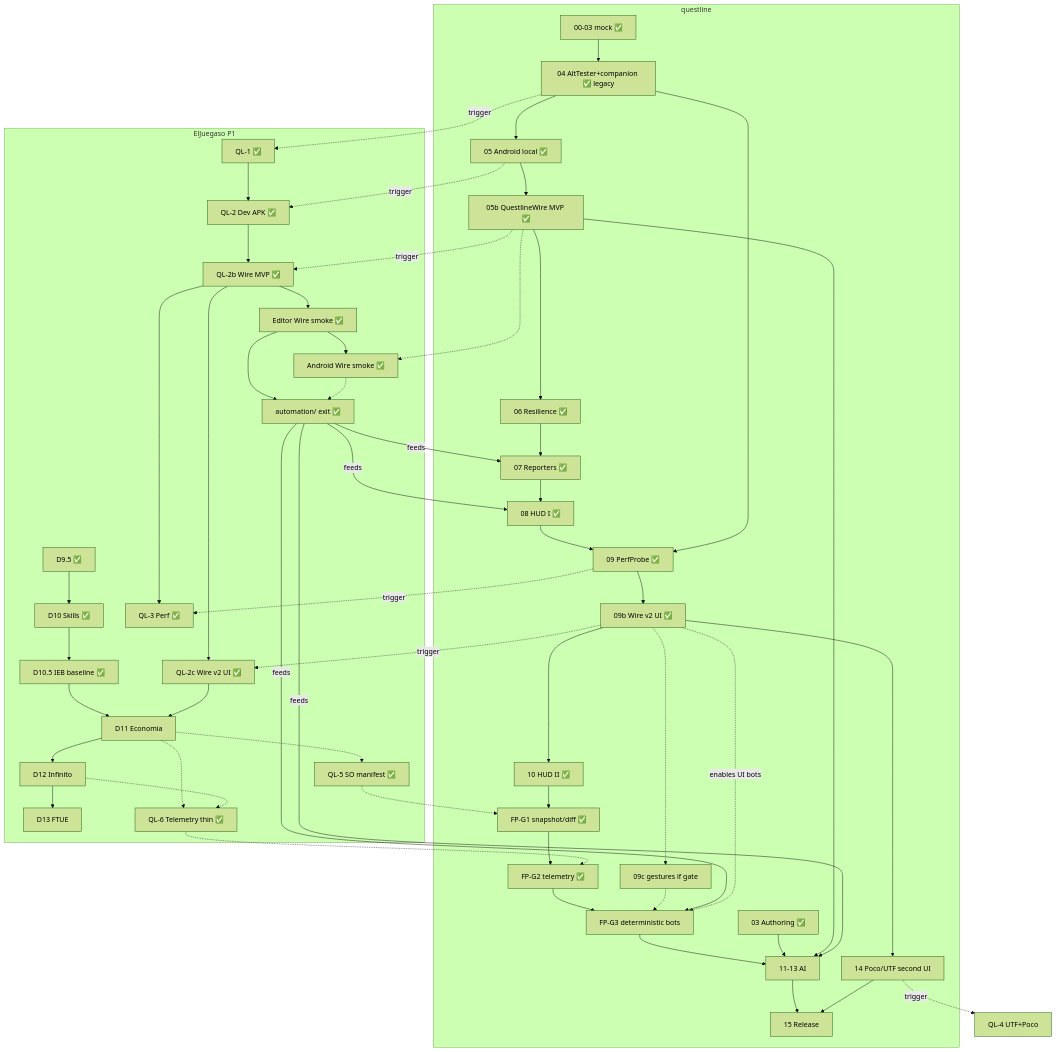
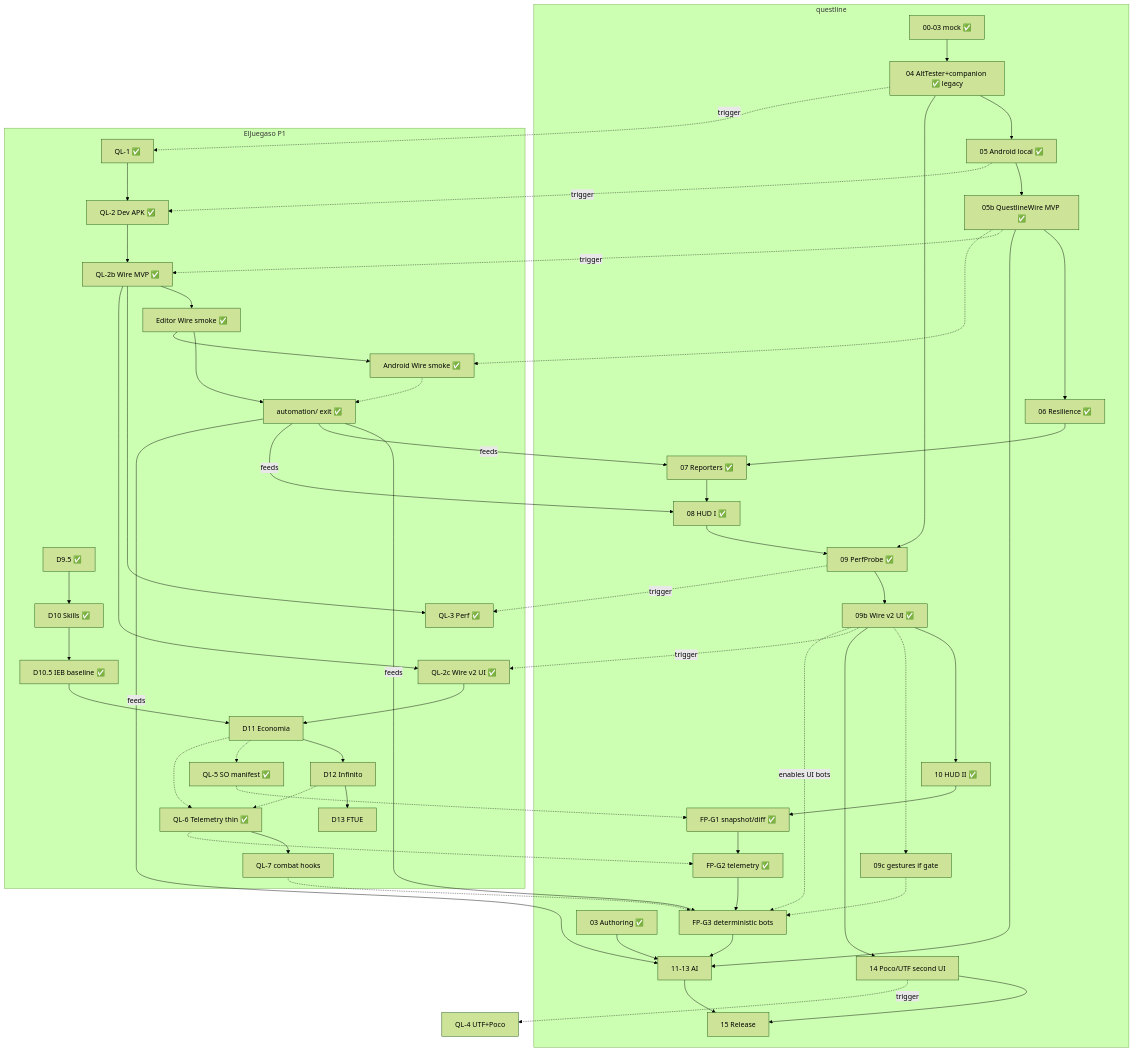
The diagram in docs/STATUS-DUAL.md (Knutronko/questline), drawn with Mermaid (forest theme) before and after one commit. The commit also changed other lines of this file and 5 other files, not shown here.

````diff
--- a/docs/STATUS-DUAL.md
+++ b/docs/STATUS-DUAL.md
@@ -108,61 +109,63 @@
 ```mermaid
 flowchart TB
   subgraph QL[questline]
     Q0[00-03 mock ✅] --> Q4[04 AltTester+companion ✅ legacy]
     Q4 --> Q5[05 Android local ✅]
     Q5 --> Q5b[05b QuestlineWire MVP ✅]
     Q5b --> Q6[06 Resilience ✅]
     Q6 --> Q7[07 Reporters ✅]
     Q7 --> Q8[08 HUD I ✅]
     Q8 --> Q9[09 PerfProbe ✅]
     Q9 --> Q9b[09b Wire v2 UI ✅]
     Q9b --> Q10[10 HUD II ✅]
     Q10 --> FPG1[FP-G1 snapshot/diff ✅]
     FPG1 --> FPG2[FP-G2 telemetry ✅]
     FPG2 --> FPG3[FP-G3 deterministic bots]
     FPG3 --> Q11[11-13 AI]
     Q9b -.-> Q09c[09c gestures if gate]
     Q09c -.-> FPG3
     Q4 --> Q9
     Q3[03 Authoring ✅] --> Q11
     Q5b --> Q11
     Q9b --> Q14[14 Poco/UTF second UI]
     Q11 --> Q15[15 Release]
     Q14 --> Q15
   end
 
   subgraph Game[ElJuegaso P1]
     D95[D9.5 ✅] --> D10[D10 Skills ✅]
     D10 --> D105[D10.5 IEB baseline ✅]
     D105 --> D11[D11 Economia]
     D11 --> D12[D12 Infinito]
     D12 --> D13[D13 FTUE]
     QL1[QL-1 ✅] --> QL2[QL-2 Dev APK ✅]
     QL2 --> QL2b[QL-2b Wire MVP ✅]
     QL2b --> LiveEd[Editor Wire smoke ✅]
     LiveEd --> Auto[automation/ exit ✅]
     LiveEd --> LiveAnd[Android Wire smoke ✅]
     LiveAnd -.-> Auto
     QL2b --> QL3[QL-3 Perf ✅]
     QL2b --> QL2c[QL-2c Wire v2 UI ✅]
     QL2c --> D11
     D11 -.-> QL5[QL-5 SO manifest ✅]
     QL5 -.-> FPG1
     D11 -.-> QL6[QL-6 Telemetry thin ✅]
+    QL6 --> QL7[QL-7 combat hooks]
     QL6 -.-> FPG2
+    QL7 -.-> FPG3
     D12 -.-> QL6
     Auto -->|feeds| FPG3
   end
 
   Q4 -.->|trigger| QL1
   Q5 -.->|trigger| QL2
   Q5b -.->|trigger| QL2b
   Q5b -.-> LiveAnd
   Q9 -.->|trigger| QL3
   Q9b -.->|trigger| QL2c
   Q14 -.->|trigger| QL4[QL-4 UTF+Poco]
   Auto -->|feeds| Q7
   Auto -->|feeds| Q8
   Auto -->|feeds| Q11
   Q9b -.->|enables UI bots| FPG3
 ```
````
